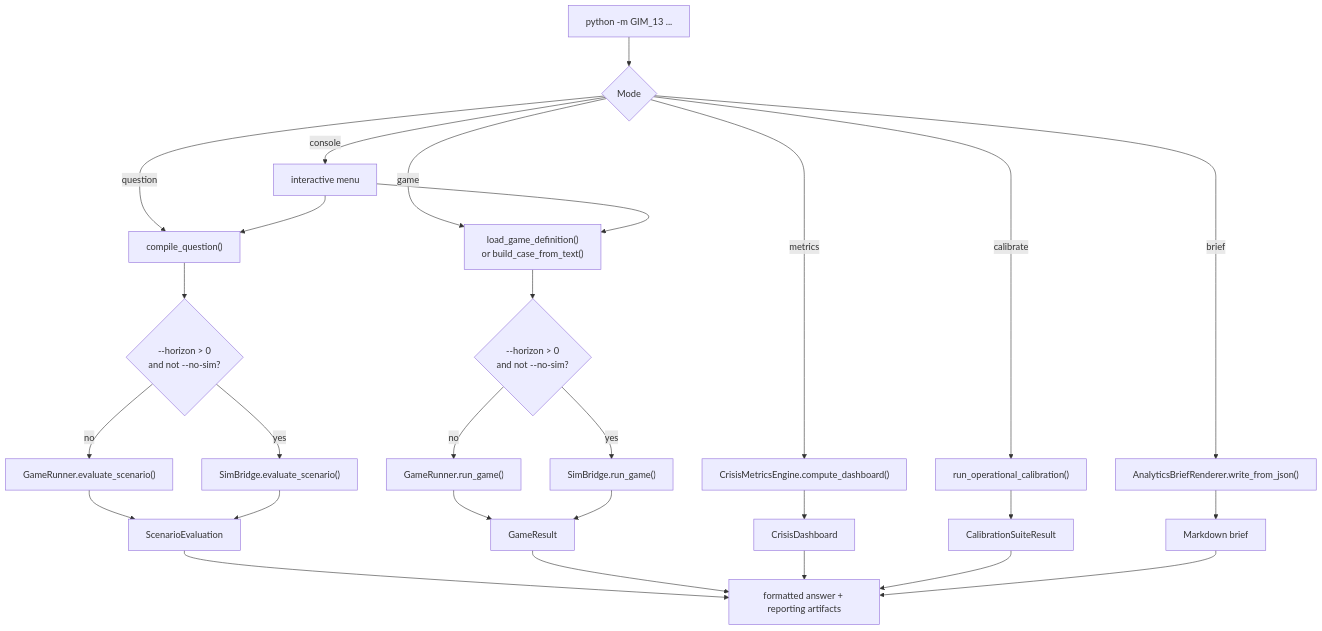
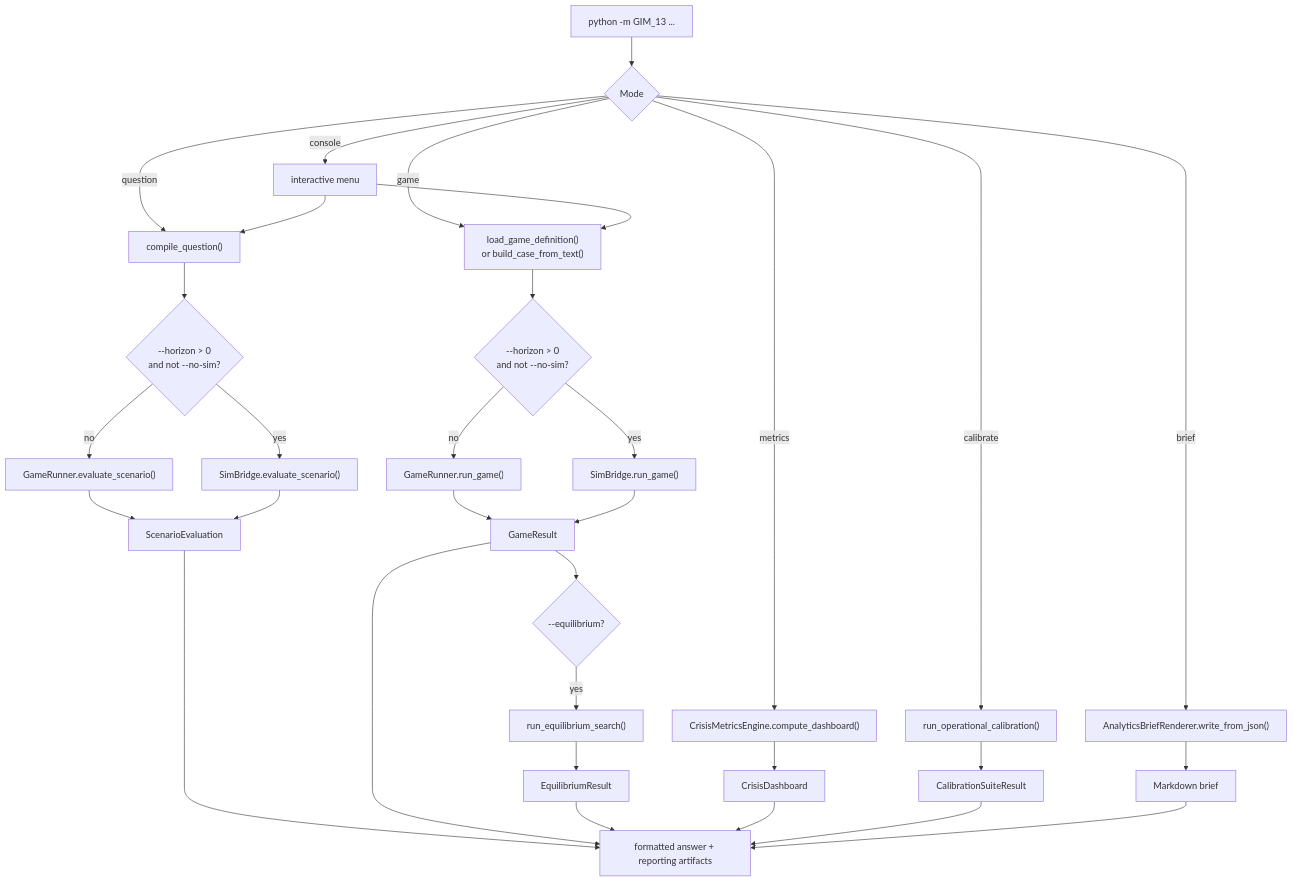
One commit to Theclimateguy/GIM changed the second of 4 diagrams in README.md. Above: the diagram before and after it, drawn with Mermaid. The commit also changed other lines of this file, not shown here.

Commit message:
Clarify README execution diagrams

````diff
--- a/README.md
+++ b/README.md
@@ -175,35 +181,39 @@
 ```mermaid
 flowchart TD
     A["python -m GIM_13 ..."] --> B{"Mode"}
     B -->|question| C["compile_question()"]
     B -->|game| D["load_game_definition()<br/>or build_case_from_text()"]
     B -->|metrics| E["CrisisMetricsEngine.compute_dashboard()"]
     B -->|calibrate| F["run_operational_calibration()"]
     B -->|brief| G["AnalyticsBriefRenderer.write_from_json()"]
     B -->|console| H["interactive menu"]
 
     C --> I{"--horizon > 0<br/>and not --no-sim?"}
     D --> J{"--horizon > 0<br/>and not --no-sim?"}
 
     I -->|no| K["GameRunner.evaluate_scenario()"]
     I -->|yes| L["SimBridge.evaluate_scenario()"]
     J -->|no| M["GameRunner.run_game()"]
     J -->|yes| N["SimBridge.run_game()"]
 
     H --> C
     H --> D
 
     K --> O["ScenarioEvaluation"]
     L --> O
     M --> P["GameResult"]
     N --> P
+    P --> U{"--equilibrium?"}
+    U -->|yes| V["run_equilibrium_search()"]
+    V --> W["EquilibriumResult"]
     E --> Q["CrisisDashboard"]
     F --> R["CalibrationSuiteResult"]
     G --> S["Markdown brief"]
 
     O --> T["formatted answer + reporting artifacts"]
     P --> T
+    W --> T
     Q --> T
     R --> T
     S --> T
 ```
````
